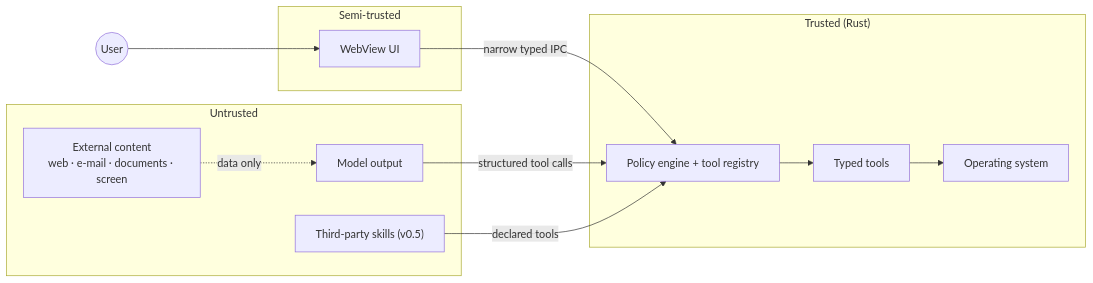
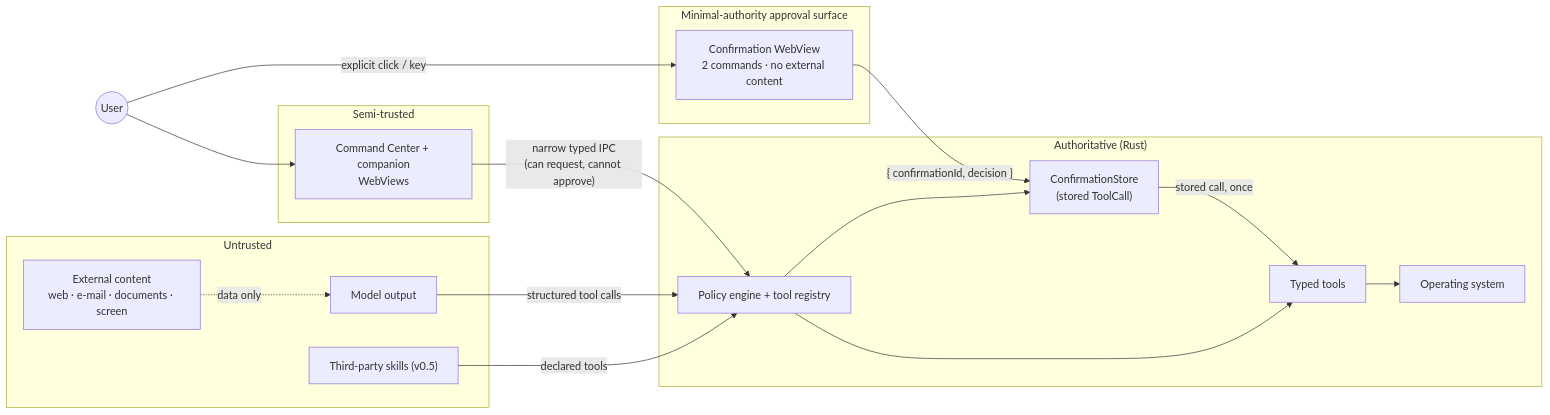
One commit to jpablortiz96/SERSHI changed the diagram in docs/SECURITY.md. Above: the diagram before and after it, drawn with Mermaid. The commit also changed other lines of this file and 12 other files, not shown here.

````diff
--- a/docs/SECURITY.md
+++ b/docs/SECURITY.md
@@ -20,23 +20,31 @@
 ```mermaid
 flowchart LR
     U(("User"))
     subgraph Untrusted
         M["Model output"]
         X["External content<br/>web · e-mail · documents · screen"]
         S3["Third-party skills (v0.5)"]
     end
     subgraph Semi["Semi-trusted"]
-        W["WebView UI"]
+        W["Command Center + companion<br/>WebViews"]
     end
-    subgraph Trusted["Trusted (Rust)"]
+    subgraph Min["Minimal-authority approval surface"]
+        CW["Confirmation WebView<br/>2 commands · no external content"]
+    end
+    subgraph Trusted["Authoritative (Rust)"]
         P["Policy engine + tool registry"]
+        CS["ConfirmationStore<br/>(stored ToolCall)"]
         T["Typed tools"]
         OS["Operating system"]
     end
     U --> W
-    W -- "narrow typed IPC" --> P
+    U -- "explicit click / key" --> CW
+    W -- "narrow typed IPC<br/>(can request, cannot approve)" --> P
+    CW -- "{ confirmationId, decision }" --> CS
+    P --> CS
+    CS -- "stored call, once" --> T
     X -. "data only" .-> M
     M -- "structured tool calls" --> P
     S3 -- "declared tools" --> P
     P --> T --> OS
 ```
````
